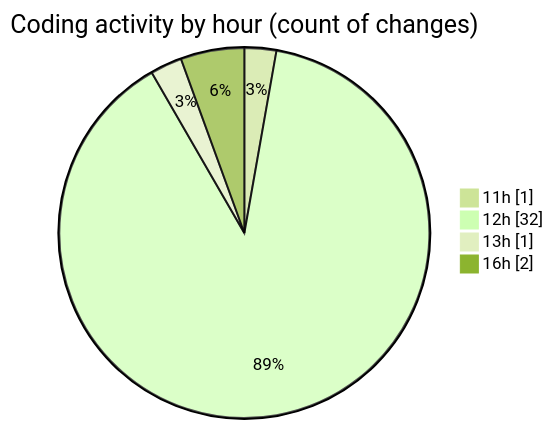
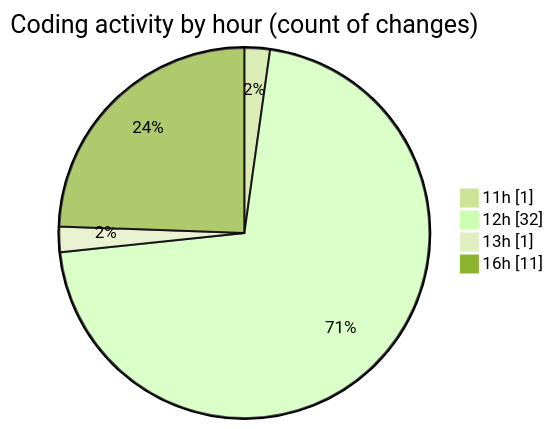
The second of 2 diagrams in 2025-09-01/nxtqube_webapp/README.md (nxtqubesakshisongat/code-tracking), drawn with Mermaid (forest theme) before and after one commit. The commit also changed other lines of this file and 1 other file, not shown here.

````diff
--- a/2025-09-01/nxtqube_webapp/README.md
+++ b/2025-09-01/nxtqube_webapp/README.md
@@ -34,8 +34,8 @@
 ```mermaid
 pie showData
 title Coding activity by hour (count of changes)
 "11h" : 1
 "12h" : 32
 "13h" : 1
-"16h" : 2
+"16h" : 11
 ```
````
